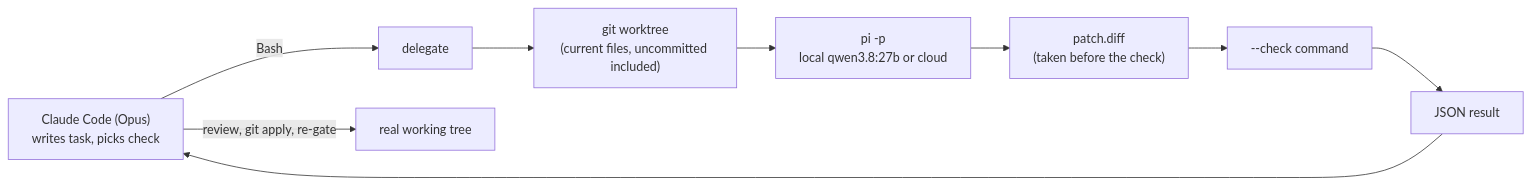
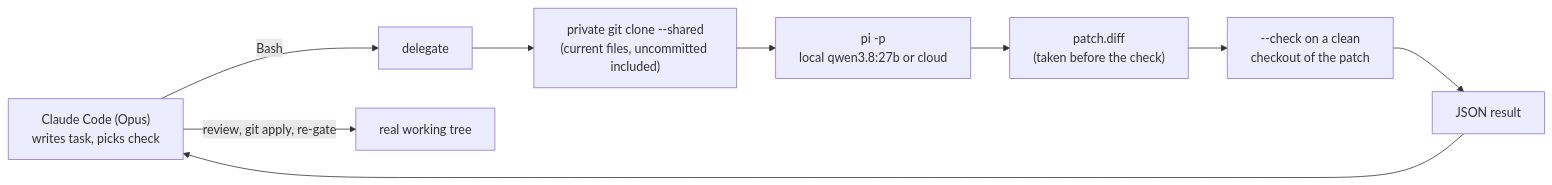
Before and after one commit to szaghi/dotfiles: the diagram in docs/claude/delegate.md, drawn with Mermaid. The commit also changed other lines of this file and 5 other files, not shown here.

````diff
--- a/docs/claude/delegate.md
+++ b/docs/claude/delegate.md
@@ -22,11 +22,11 @@
 ```mermaid
 flowchart LR
     O["Claude Code (Opus)<br/>writes task, picks check"] -->|Bash| D["delegate"]
-    D --> W["git worktree<br/>(current files, uncommitted included)"]
+    D --> W["private git clone --shared<br/>(current files, uncommitted included)"]
     W --> P["pi -p<br/>local qwen3.8:27b or cloud"]
     P --> X["patch.diff<br/>(taken before the check)"]
-    X --> C["--check command"]
+    X --> C["--check on a clean<br/>checkout of the patch"]
     C --> J["JSON result"]
     J --> O
     O -->|review, git apply, re-gate| R["real working tree"]
 ```
````
